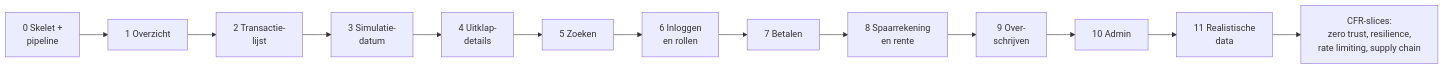
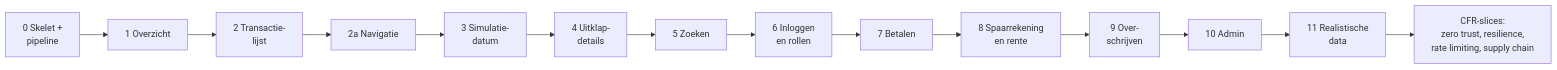
One commit to edwinbulter/banksim-mse changed the fourth of 4 diagrams in doc/werkwijze-mse.md. Above: the diagram before and after it, drawn with Mermaid. The commit also changed other lines of this file and 18 other files, not shown here.

````diff
--- a/doc/werkwijze-mse.md
+++ b/doc/werkwijze-mse.md
@@ -370,15 +371,16 @@
 ```mermaid
 flowchart LR
     S0["0 Skelet +<br/>pipeline"] --> S1["1 Overzicht"]
     S1 --> S2["2 Transactie-<br/>lijst"]
-    S2 --> S3["3 Simulatie-<br/>datum"]
+    S2 --> S2a["2a Navigatie"]
+    S2a --> S3["3 Simulatie-<br/>datum"]
     S3 --> S4["4 Uitklap-<br/>details"]
     S4 --> S5["5 Zoeken"]
     S5 --> S6["6 Inloggen<br/>en rollen"]
     S6 --> S7["7 Betalen"]
     S7 --> S8["8 Spaarrekening<br/>en rente"]
     S8 --> S9["9 Over-<br/>schrijven"]
     S9 --> S10["10 Admin"]
     S10 --> S11["11 Realistische<br/>data"]
     S11 --> CFR["CFR-slices:<br/>zero trust, resilience,<br/>rate limiting, supply chain"]
 ```
````
